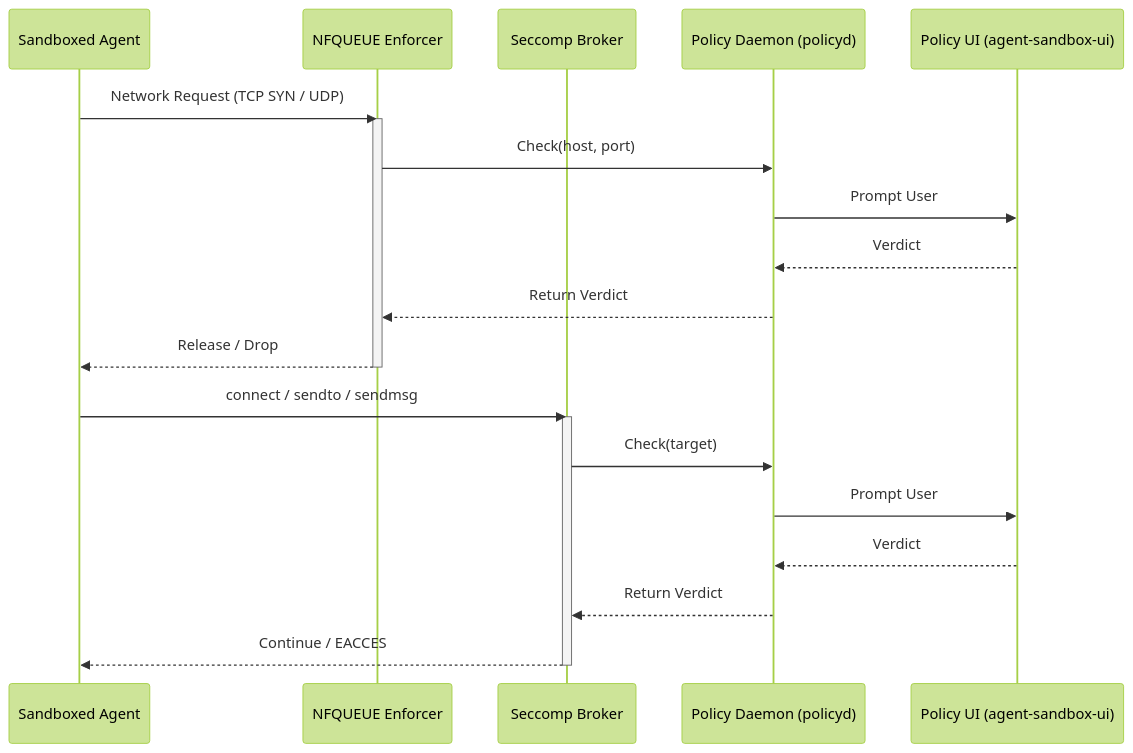
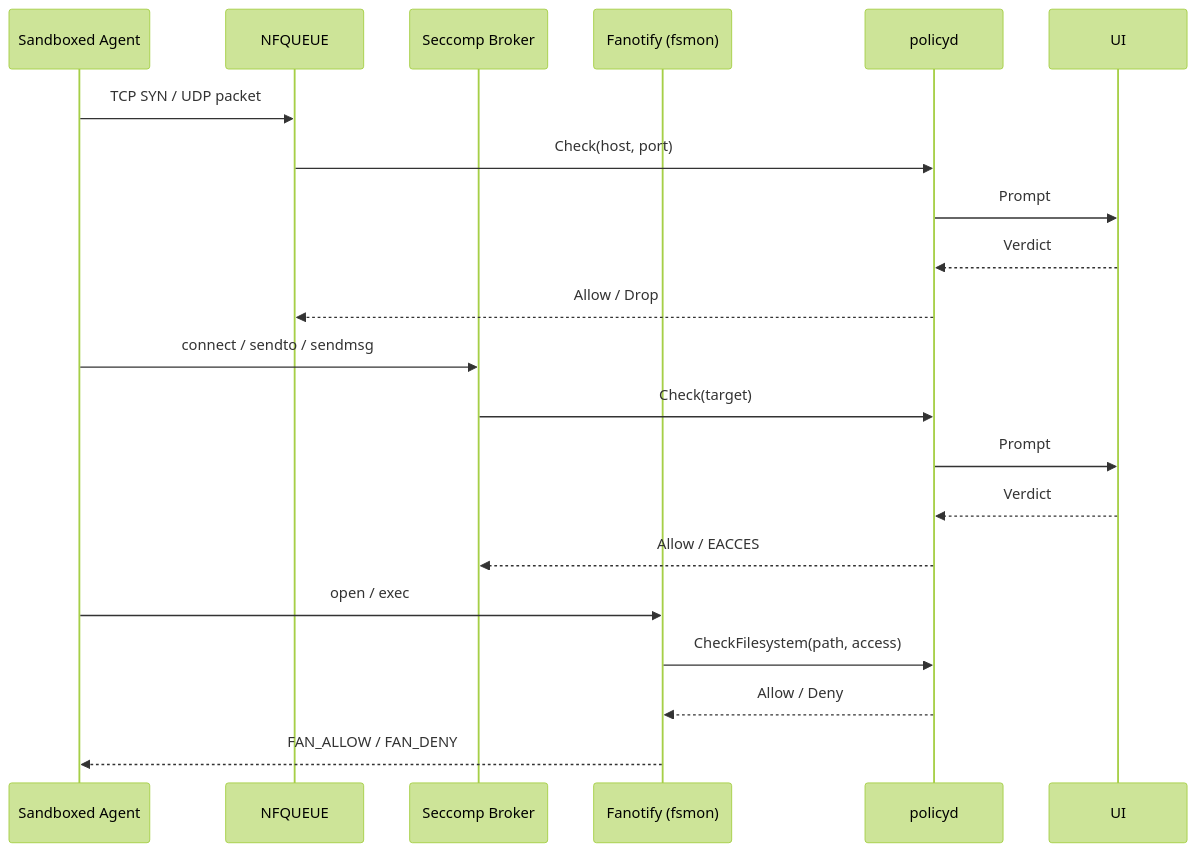
Before and after one commit to tdortman/agent-sandbox: the diagram in README.md, drawn with Mermaid (forest theme). The commit also changed other lines of this file, not shown here.

````diff
--- a/README.md
+++ b/README.md
@@ -15,26 +78,26 @@
 ```mermaid
 sequenceDiagram
     participant Agent as Sandboxed Agent
-    participant NFQ as NFQUEUE Enforcer
+    participant NFQ as NFQUEUE
     participant SEC as Seccomp Broker
-    participant Daemon as Policy Daemon (policyd)
-    participant UI as Policy UI (agent-sandbox-ui)
+    participant FAN as Fanotify (fsmon)
+    participant Daemon as policyd
+    participant UI as UI
 
-    Agent->>NFQ: Network Request (TCP SYN / UDP)
-    activate NFQ
+    Agent->>NFQ: TCP SYN / UDP packet
     NFQ->>Daemon: Check(host, port)
-    Daemon->>UI: Prompt User
+    Daemon->>UI: Prompt
     UI-->>Daemon: Verdict
-    Daemon-->>NFQ: Return Verdict
-    NFQ-->>Agent: Release / Drop
-    deactivate NFQ
+    Daemon-->>NFQ: Allow / Drop
 
     Agent->>SEC: connect / sendto / sendmsg
-    activate SEC
     SEC->>Daemon: Check(target)
-    Daemon->>UI: Prompt User
+    Daemon->>UI: Prompt
     UI-->>Daemon: Verdict
-    Daemon-->>SEC: Return Verdict
-    SEC-->>Agent: Continue / EACCES
-    deactivate SEC
+    Daemon-->>SEC: Allow / EACCES
+
+    Agent->>FAN: open / exec
+    FAN->>Daemon: CheckFilesystem(path, access)
+    Daemon-->>FAN: Allow / Deny
+    FAN-->>Agent: FAN_ALLOW / FAN_DENY
 ```
````
